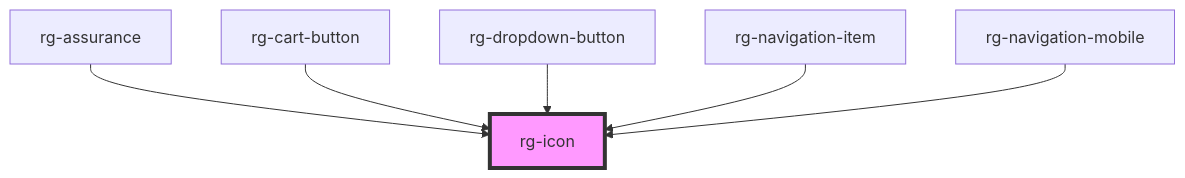
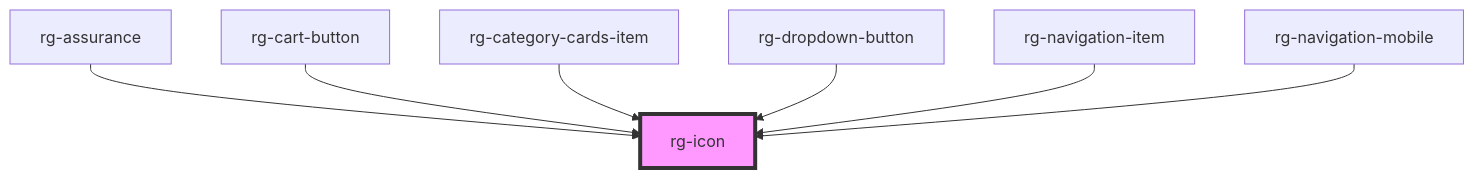
One commit to tomas862/regila-ui changed the diagram in src/components/icon/readme.md. Above: the diagram before and after it, drawn with Mermaid. The commit also changed other lines of this file and 8 other files, not shown here.

````diff
--- a/src/components/icon/readme.md
+++ b/src/components/icon/readme.md
@@ -28,9 +29,10 @@
 ```mermaid
 graph TD;
   rg-assurance --> rg-icon
   rg-cart-button --> rg-icon
+  rg-category-cards-item --> rg-icon
   rg-dropdown-button --> rg-icon
   rg-navigation-item --> rg-icon
   rg-navigation-mobile --> rg-icon
   style rg-icon fill:#f9f,stroke:#333,stroke-width:4px
 ```
````
